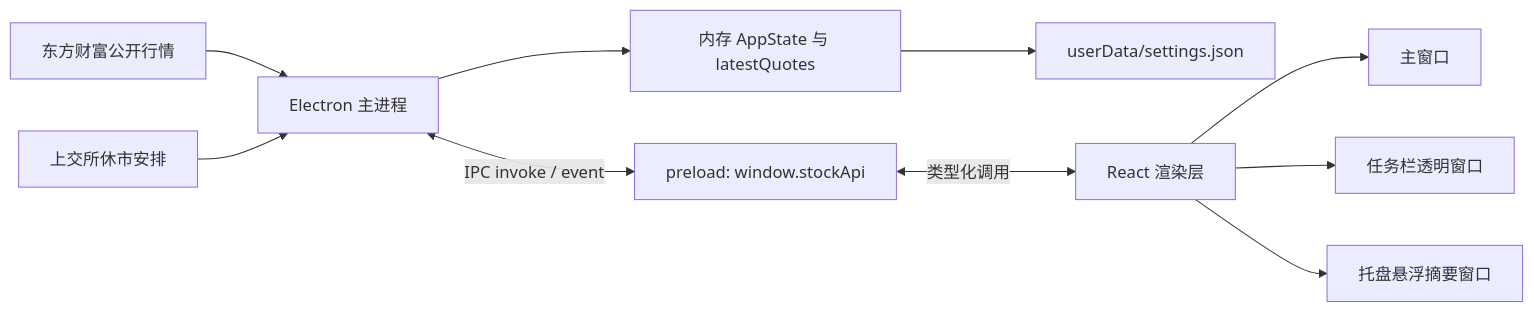
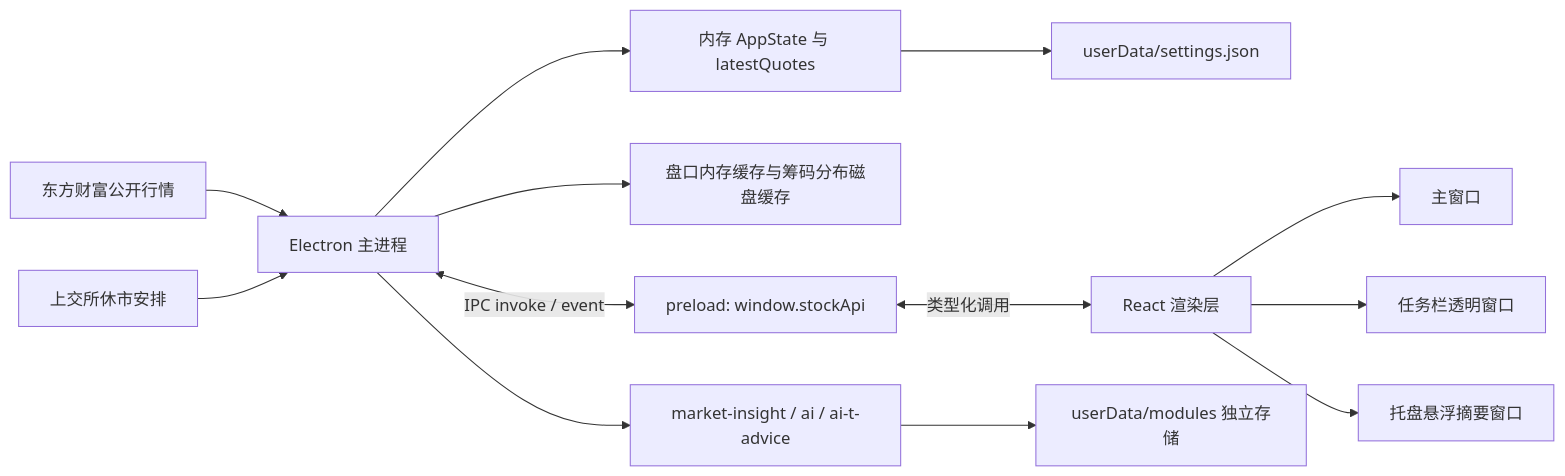
Before and after one commit to SingleOne/JianZhang: the first of 3 diagrams in docs/wiki/01-architecture.md, drawn with Mermaid. The commit also changed other lines of this file and 13 other files, not shown here.

````diff
--- a/docs/wiki/01-architecture.md
+++ b/docs/wiki/01-architecture.md
@@ -7,12 +7,15 @@
 ```mermaid
 flowchart LR
     EM["东方财富公开行情"] --> MAIN["Electron 主进程"]
     SSE["上交所休市安排"] --> MAIN
     MAIN --> STATE["内存 AppState 与 latestQuotes"]
     STATE --> FILE["userData/settings.json"]
+    MAIN --> CACHE["盘口内存缓存与筹码分布磁盘缓存"]
     MAIN <-->|"IPC invoke / event"| PRELOAD["preload: window.stockApi"]
     PRELOAD <-->|"类型化调用"| UI["React 渲染层"]
     UI --> MAINWIN["主窗口"]
     UI --> TASKBAR["任务栏透明窗口"]
     UI --> TRAYPOP["托盘悬浮摘要窗口"]
+    MAIN --> MODULES["market-insight / ai / ai-t-advice"]
+    MODULES --> MODULESTORE["userData/modules 独立存储"]
 ```
````
